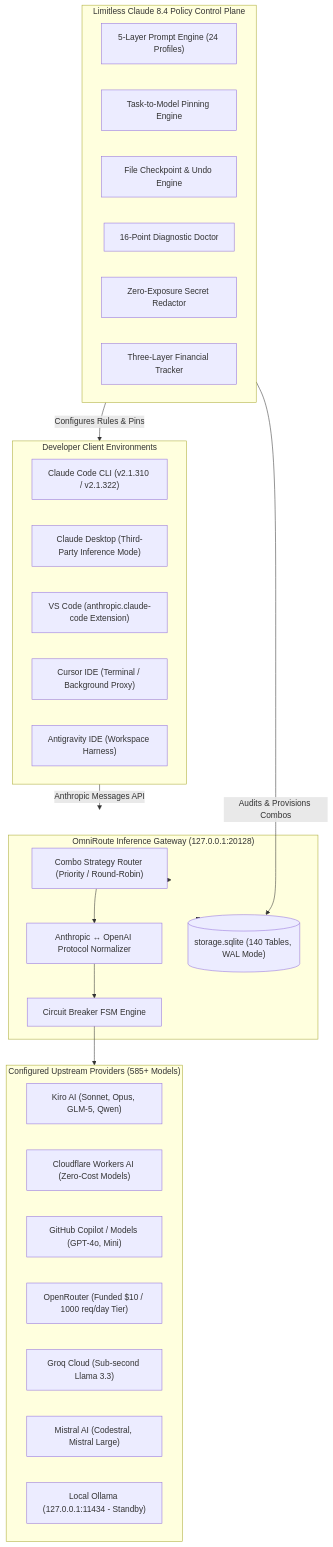
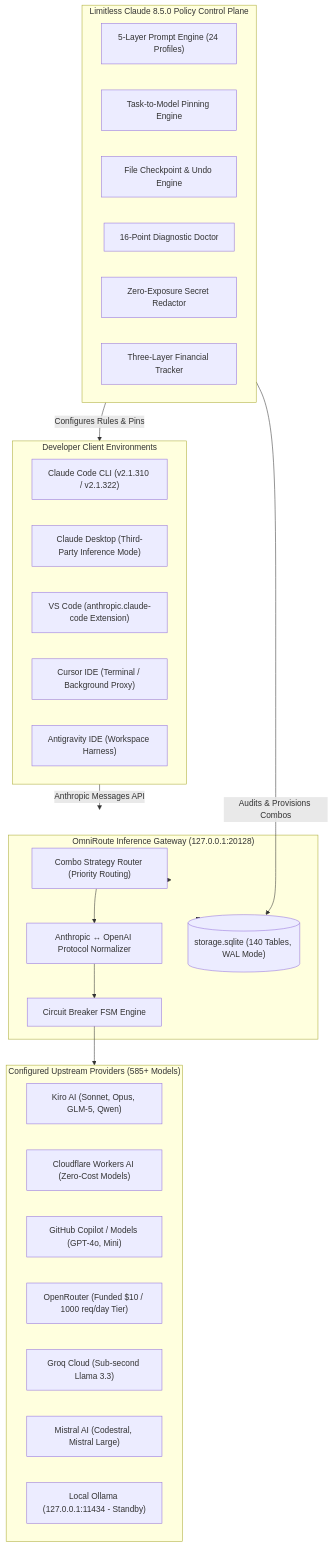
Before and after one commit to mahik504/limitless-claude: the first of 4 diagrams in README.md, drawn with Mermaid. The commit also changed other lines of this file and 20 other files, not shown here.

Commit message:
feat(release): Limitless Claude 8.5.0 — Authentic Model Prompts, Priority Routing & Clean Architecture

````diff
--- a/README.md
+++ b/README.md
@@ -169,45 +142,45 @@
 ```mermaid
 graph TD
     subgraph ClientLayer["Developer Client Environments"]
         CLI["Claude Code CLI (v2.1.310 / v2.1.322)"]
         Desk["Claude Desktop (Third-Party Inference Mode)"]
         VSC["VS Code (anthropic.claude-code Extension)"]
         Cur["Cursor IDE (Terminal / Background Proxy)"]
         AGY["Antigravity IDE (Workspace Harness)"]
     end
 
-    subgraph PolicyLayer["Limitless Claude 8.4 Policy Control Plane"]
+    subgraph PolicyLayer["Limitless Claude 8.5.0 Policy Control Plane"]
         PE["5-Layer Prompt Engine (24 Profiles)"]
         Pins["Task-to-Model Pinning Engine"]
         Undo["File Checkpoint & Undo Engine"]
         Doctor["16-Point Diagnostic Doctor"]
         Redact["Zero-Exposure Secret Redactor"]
         Telemetry["Three-Layer Financial Tracker"]
     end
 
     subgraph DataLayer["OmniRoute Inference Gateway (127.0.0.1:20128)"]
-        Router["Combo Strategy Router (Priority / Round-Robin)"]
+        Router["Combo Strategy Router (Priority Routing)"]
         CB["Circuit Breaker FSM Engine"]
         Translator["Anthropic ↔ OpenAI Protocol Normalizer"]
         DB[("storage.sqlite (140 Tables, WAL Mode)")]
     end
 
     subgraph UpstreamLayer["Configured Upstream Providers (585+ Models)"]
         Kiro["Kiro AI (Sonnet, Opus, GLM-5, Qwen)"]
         CF["Cloudflare Workers AI (Zero-Cost Models)"]
         GH["GitHub Copilot / Models (GPT-4o, Mini)"]
         OR["OpenRouter (Funded $10 / 1000 req/day Tier)"]
         Groq["Groq Cloud (Sub-second Llama 3.3)"]
         Mis["Mistral AI (Codestral, Mistral Large)"]
         Oll["Local Ollama (127.0.0.1:11434 - Standby)"]
     end
 
     ClientLayer -->|Anthropic Messages API| DataLayer
     PolicyLayer -->|Configures Rules & Pins| ClientLayer
     PolicyLayer -->|Audits & Provisions Combos| DB
     DataLayer <--> DB
     DataLayer --> Router
     Router --> Translator
     Translator --> CB
     CB --> UpstreamLayer
 ```
````
